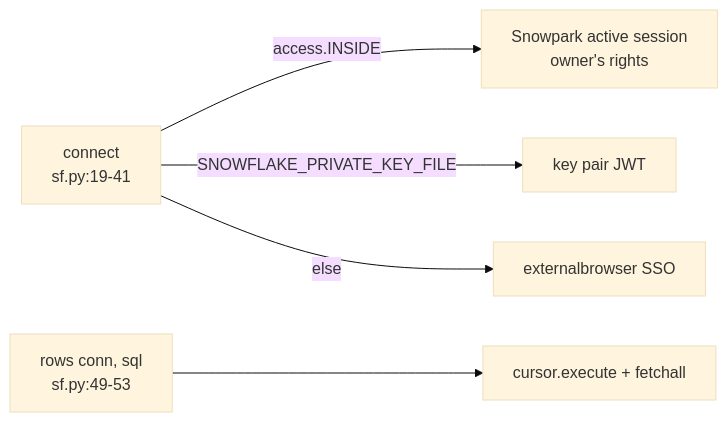
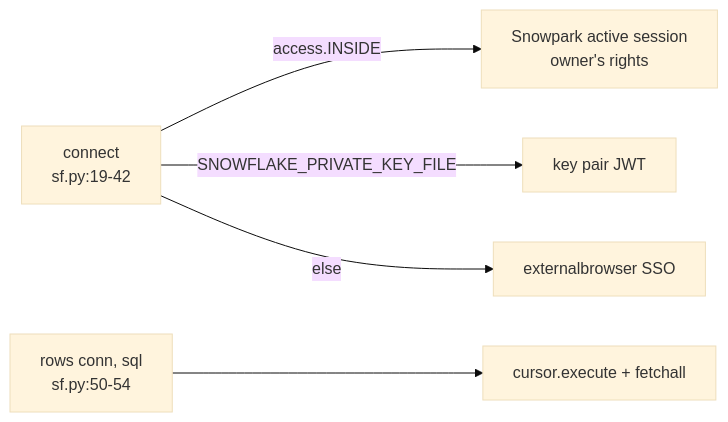
The diagram in snowflake-access-explorer-knowledge-graph/modules/sf.md (darshanmeel/snowflake-access-explorer), drawn with Mermaid (base theme) before and after one commit. The commit also changed other lines of this file and 106 other files, not shown here.

First line of the commit message:
Docs and knowledge graph for Activity; setup verify expects 11 tables

````diff
--- a/snowflake-access-explorer-knowledge-graph/modules/sf.md
+++ b/snowflake-access-explorer-knowledge-graph/modules/sf.md
@@ -5,7 +6,7 @@
 ```mermaid
 flowchart LR
-  C[connect<br/>sf.py:19-41] -->|access.INSIDE| SP[Snowpark active session<br/>owner's rights]
+  C[connect<br/>sf.py:19-42] -->|access.INSIDE| SP[Snowpark active session<br/>owner's rights]
   C -->|SNOWFLAKE_PRIVATE_KEY_FILE| KP[key pair JWT]
   C -->|else| SSO[externalbrowser SSO]
-  R[rows conn, sql<br/>sf.py:49-53] --> CUR[cursor.execute + fetchall]
+  R[rows conn, sql<br/>sf.py:50-54] --> CUR[cursor.execute + fetchall]
 ```
````
